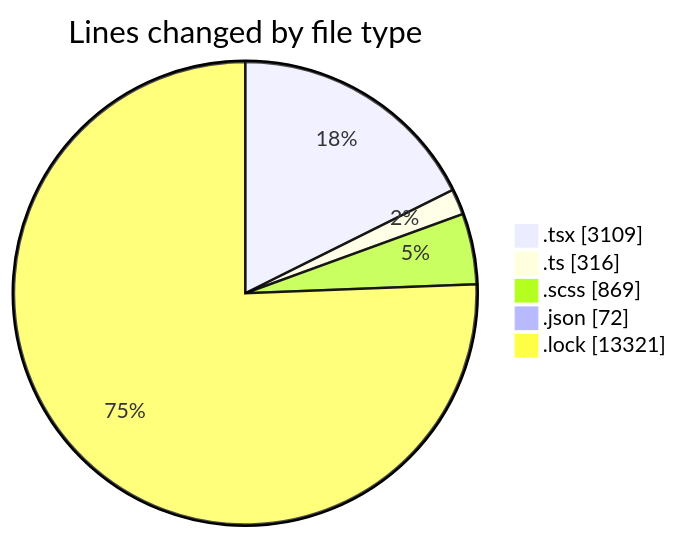
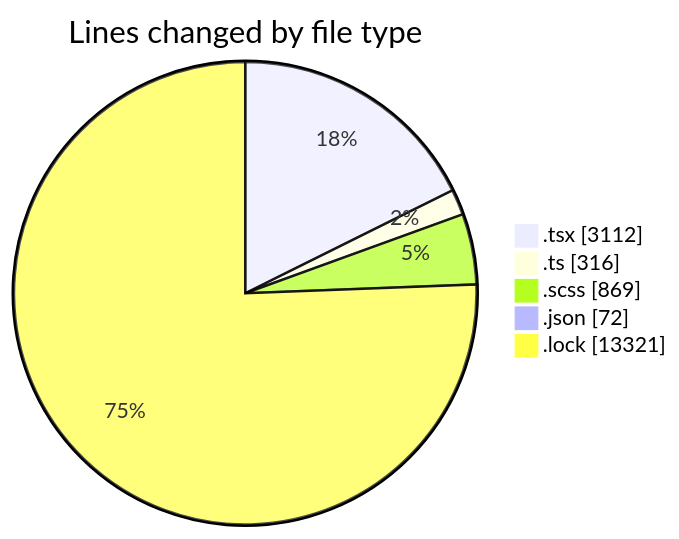
Before and after one commit to momahboobian/code-tracking: the first of 2 diagrams in 2025-02-12/cda/README.md, drawn with Mermaid. The commit also changed other lines of this file and 1 other file, not shown here.

Commit message:
type(cda): Lines added in RequestForm.test.tsx file increased by 4 lines. Active time for this file also increased by 3 minutes.

````diff
--- a/2025-02-12/cda/README.md
+++ b/2025-02-12/cda/README.md
@@ -38,9 +38,9 @@
 ```mermaid
 pie showData
 title Lines changed by file type
-".tsx" : 3109
+".tsx" : 3112
 ".ts" : 316
 ".scss" : 869
 ".json" : 72
 ".lock" : 13321
 ```
````
